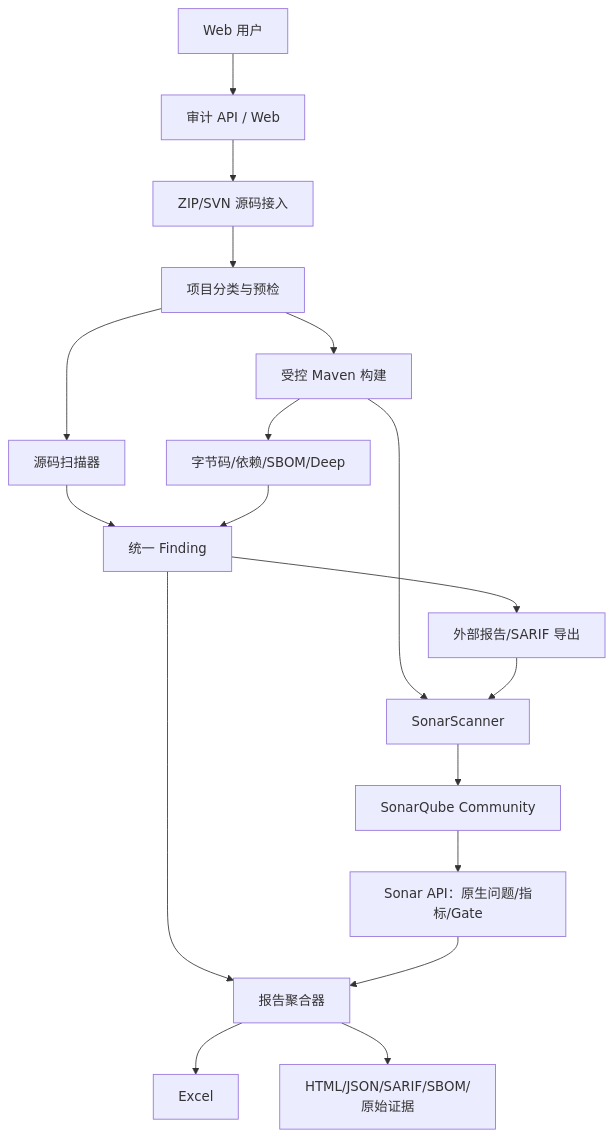
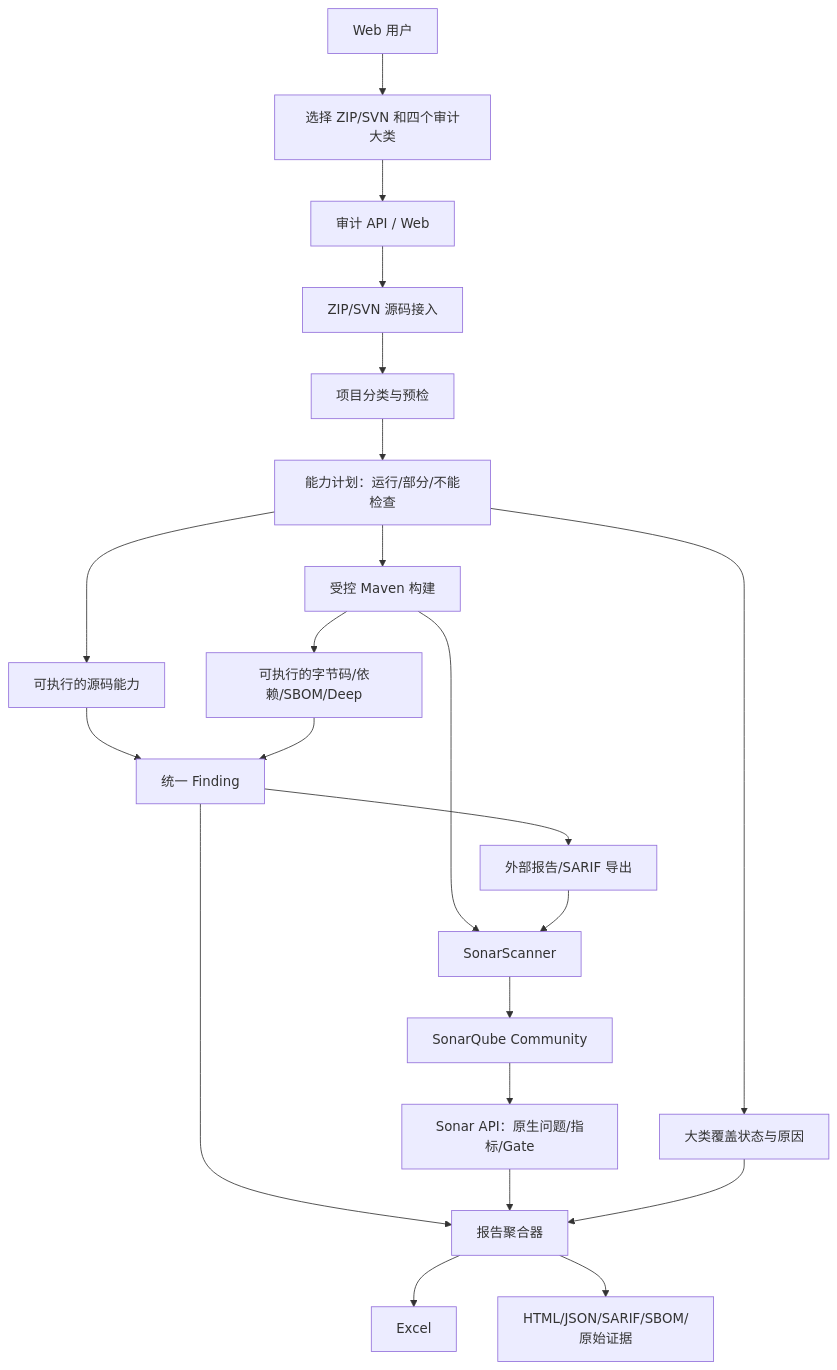
The first of 2 diagrams in docs/research-results/sonarqube-community-and-15-engine-consolidation-decision-2026-08-20.md (uprxiao/java-code-audit-platform), drawn with Mermaid before and after one commit. The commit also changed other lines of this file, not shown here.

````diff
--- a/docs/research-results/sonarqube-community-and-15-engine-consolidation-decision-2026-08-20.md
+++ b/docs/research-results/sonarqube-community-and-15-engine-consolidation-decision-2026-08-20.md
@@ -452,20 +649,24 @@
 ```mermaid
 flowchart TB
-    U["Web 用户"] --> API["审计 API / Web"]
+    U["Web 用户"] --> SELECT["选择 ZIP/SVN 和四个审计大类"]
+    SELECT --> API["审计 API / Web"]
     API --> INTAKE["ZIP/SVN 源码接入"]
     INTAKE --> CLASSIFY["项目分类与预检"]
-    CLASSIFY --> BUILD["受控 Maven 构建"]
-    CLASSIFY --> SOURCE["源码扫描器"]
-    BUILD --> BINARY["字节码/依赖/SBOM/Deep"]
+    CLASSIFY --> PLAN["能力计划：运行/部分/不能检查"]
+    PLAN --> BUILD["受控 Maven 构建"]
+    PLAN --> SOURCE["可执行的源码能力"]
+    BUILD --> BINARY["可执行的字节码/依赖/SBOM/Deep"]
     SOURCE --> NORMALIZE["统一 Finding"]
     BINARY --> NORMALIZE
     NORMALIZE --> SONARFMT["外部报告/SARIF 导出"]
     BUILD --> SONARSCAN["SonarScanner"]
     SONARFMT --> SONARSCAN
     SONARSCAN --> SONAR["SonarQube Community"]
     SONAR --> SONARAPI["Sonar API：原生问题/指标/Gate"]
+    PLAN --> COVERAGE["大类覆盖状态与原因"]
     NORMALIZE --> REPORT["报告聚合器"]
     SONARAPI --> REPORT
+    COVERAGE --> REPORT
     REPORT --> XLSX["Excel"]
     REPORT --> ARCHIVE["HTML/JSON/SARIF/SBOM/原始证据"]
 ```
````
